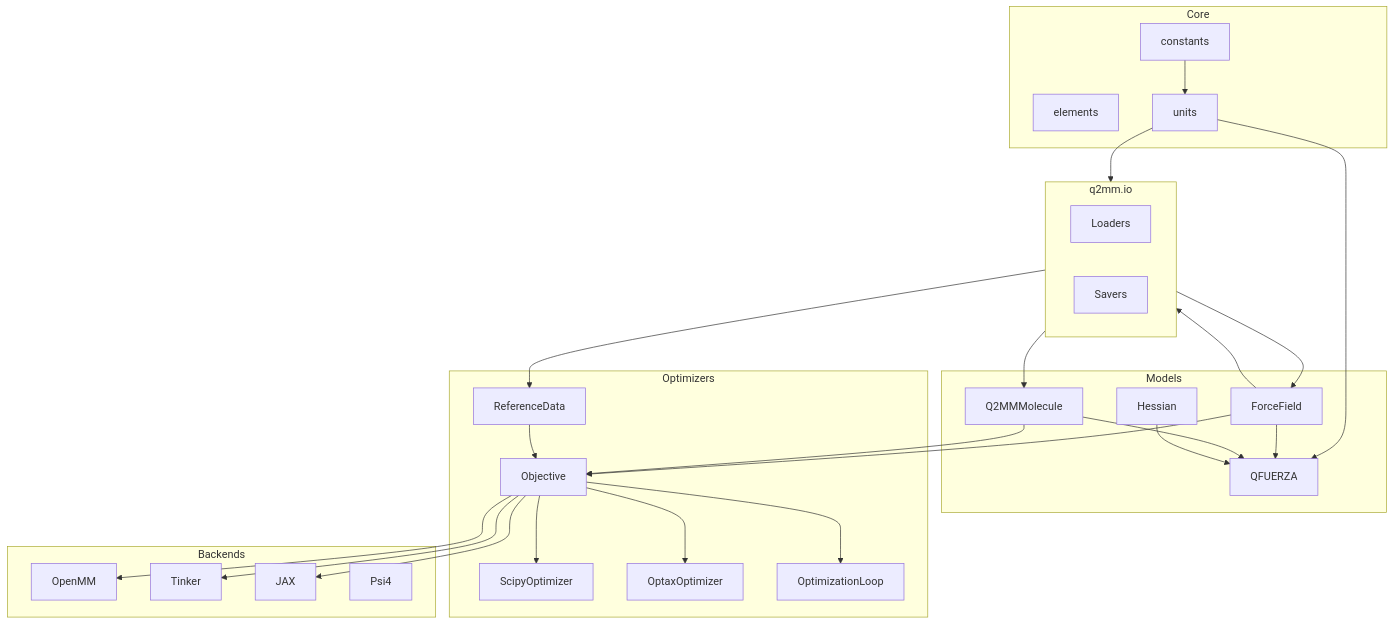
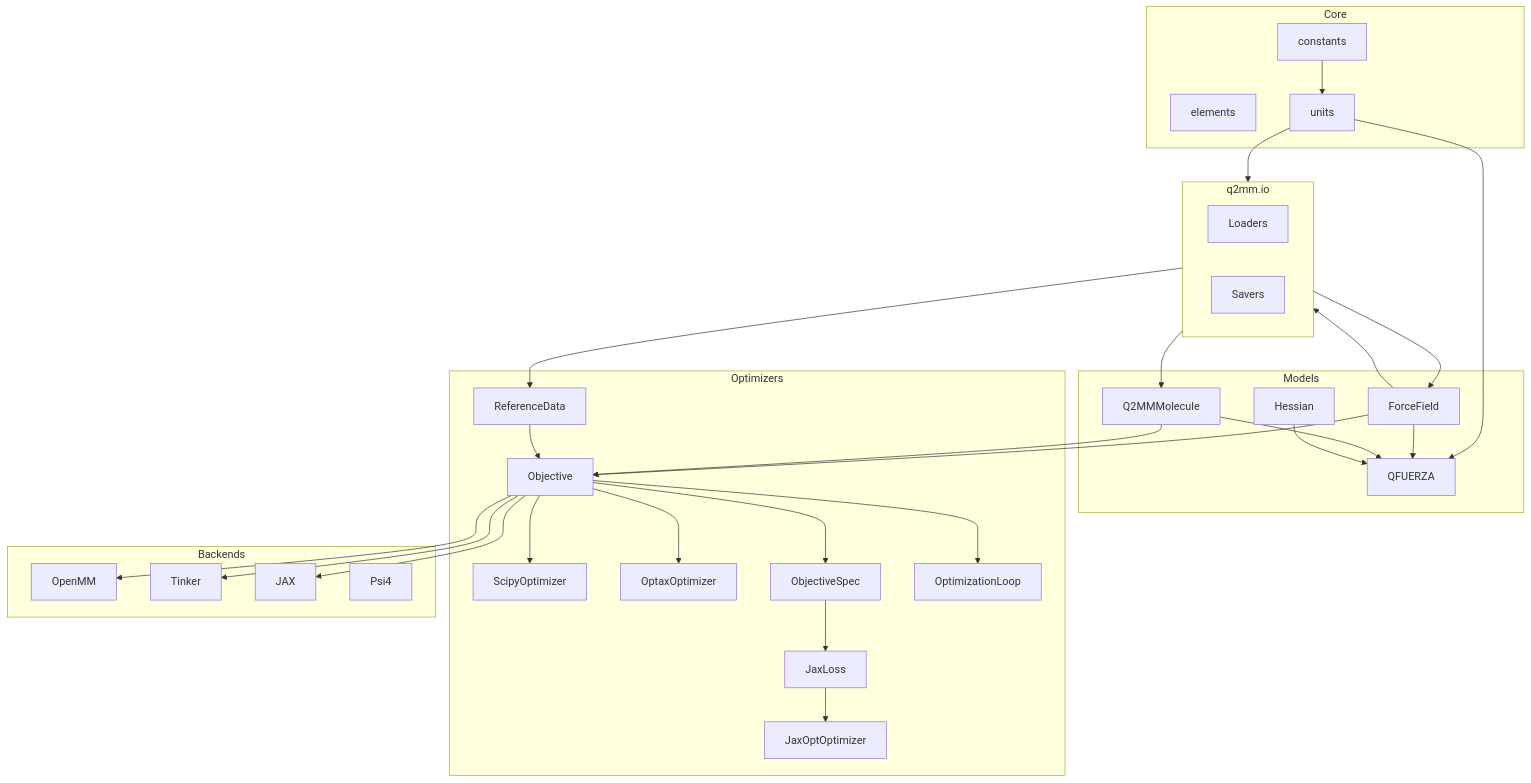
Before and after one commit to ericchansen/q2mm: the second of 2 diagrams in docs/how-it-works/architecture.md, drawn with Mermaid. The commit also changed other lines of this file and 43 other files, not shown here.

First line of the commit message:
feat: add JaxOptOptimizer for end-to-end differentiable optimization

````diff
--- a/docs/how-it-works/architecture.md
+++ b/docs/how-it-works/architecture.md
@@ -247,58 +250,64 @@
 ```mermaid
 flowchart TD
     subgraph Core["Core"]
         constants[constants]
         elements[elements]
         units[units]
     end
 
     subgraph Models["Models"]
         ff[ForceField]
         mol[Q2MMMolecule]
         hess[Hessian]
         sem[QFUERZA]
     end
 
     subgraph Opt["Optimizers"]
         obj[Objective]
         ref[ReferenceData]
         scipy[ScipyOptimizer]
         optax_opt[OptaxOptimizer]
+        jaxopt_opt[JaxOptOptimizer]
+        spec[ObjectiveSpec]
+        jaxloss[JaxLoss]
         cycling[OptimizationLoop]
     end
 
     subgraph Engines["Backends"]
         omm[OpenMM]
         tk[Tinker]
         jax[JAX]
         psi4[Psi4]
     end
 
     subgraph IO["q2mm.io"]
         loaders[Loaders]
         savers[Savers]
     end
 
     constants --> units
     units --> IO
     units --> sem
     ff --> IO
     ff --> sem
     mol --> sem
     hess --> sem
 
     ff --> obj
     ref --> obj
     mol --> obj
     obj --> scipy
     obj --> optax_opt
+    obj --> spec
+    spec --> jaxloss
+    jaxloss --> jaxopt_opt
     obj --> cycling
 
     obj --> omm
     obj --> tk
     obj --> jax
 
     IO --> mol
     IO --> ref
     IO --> ff
 ```
````
